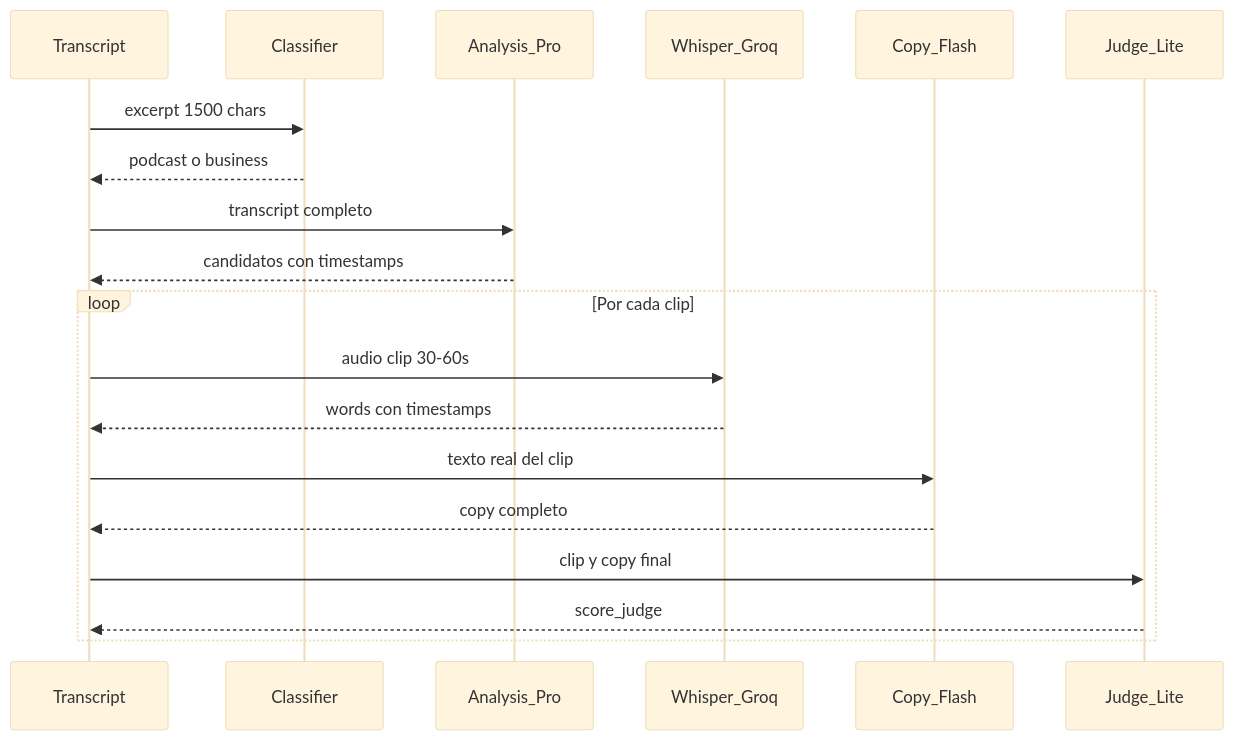
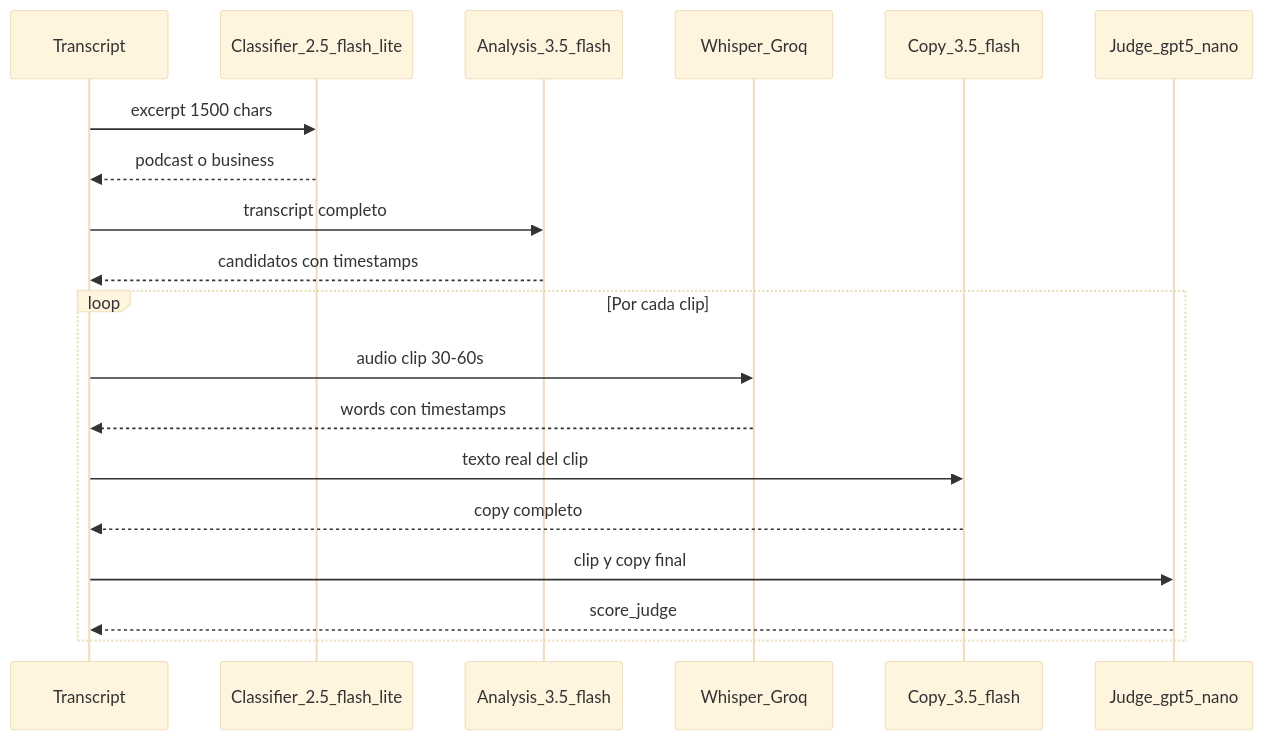
One commit to bolioliagustin/viral-engine-front changed the second of 2 diagrams in docs/INFORME_LLMS.md. Above: the diagram before and after it, drawn with Mermaid (base theme). The commit also changed other lines of this file, not shown here.

````diff
--- a/docs/INFORME_LLMS.md
+++ b/docs/INFORME_LLMS.md
@@ -583,22 +583,22 @@
 ```mermaid
 sequenceDiagram
     participant T as Transcript
-    participant C as Classifier
-    participant A as Analysis_Pro
+    participant C as Classifier_2.5_flash_lite
+    participant A as Analysis_3.5_flash
     participant W as Whisper_Groq
-    participant B as Copy_Flash
-    participant J as Judge_Lite
+    participant B as Copy_3.5_flash
+    participant J as Judge_gpt5_nano
 
     T->>C: excerpt 1500 chars
     C-->>T: podcast o business
     T->>A: transcript completo
     A-->>T: candidatos con timestamps
     loop Por cada clip
         T->>W: audio clip 30-60s
         W-->>T: words con timestamps
         T->>B: texto real del clip
         B-->>T: copy completo
         T->>J: clip y copy final
         J-->>T: score_judge
     end
 ```
````
